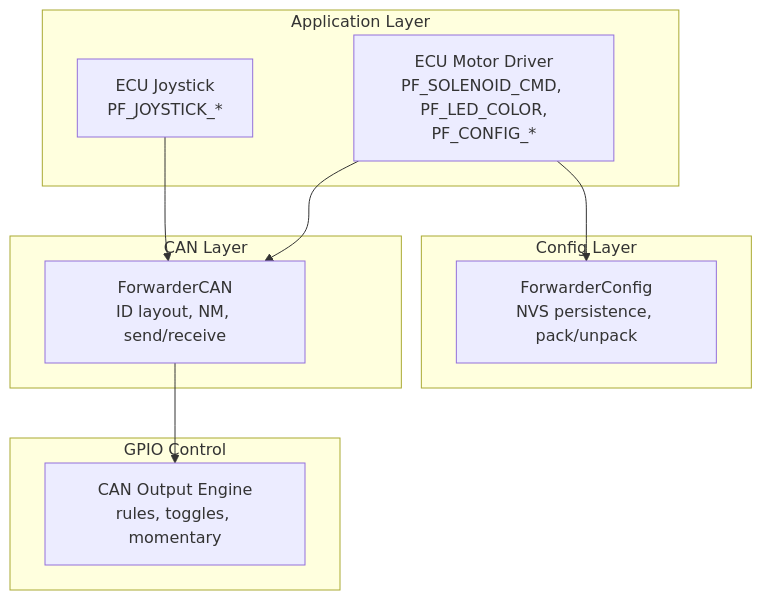
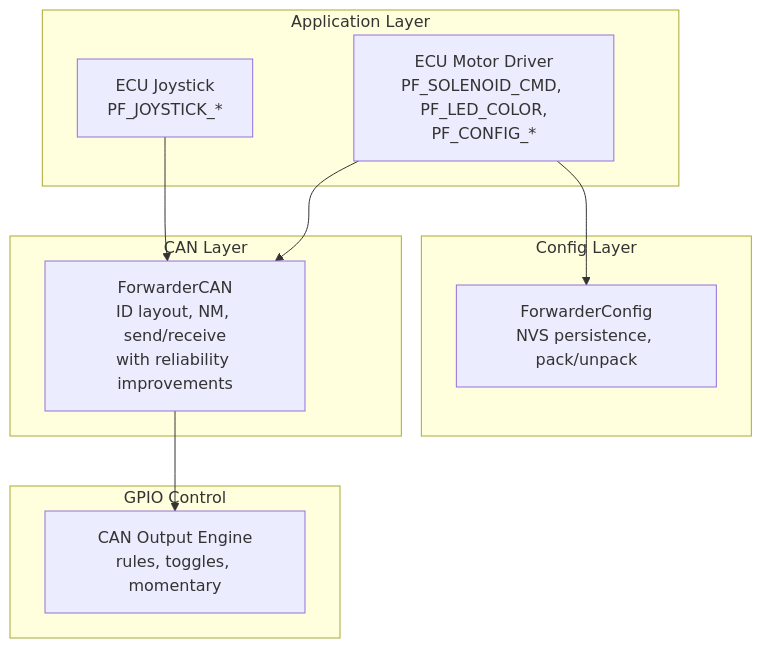
Before and after one commit to gunicsba/ESP_CAN_ECU_joystick_collection: the first of 5 diagrams in .qoder/repowiki/en/content/API Reference/CAN Message Protocol.md, drawn with Mermaid. The commit also changed other lines of this file and 15 other files, not shown here.

````diff
--- a/.qoder/repowiki/en/content/API Reference/CAN Message Protocol.md
+++ b/.qoder/repowiki/en/content/API Reference/CAN Message Protocol.md
@@ -37,20 +46,20 @@
 ```mermaid
 graph TB
 subgraph "CAN Layer"
-FCN["ForwarderCAN<br/>ID layout, NM, send/receive"]
+FCN["ForwarderCAN<br/>ID layout, NM, send/receive<br/>with reliability improvements"]
 end
 subgraph "Config Layer"
 FCFG["ForwarderConfig<br/>NVS persistence, pack/unpack"]
 end
 subgraph "Application Layer"
 ECUJ["ECU Joystick<br/>PF_JOYSTICK_*"]
 ECM["ECU Motor Driver<br/>PF_SOLENOID_CMD, PF_LED_COLOR,<br/>PF_CONFIG_*"]
 end
 subgraph "GPIO Control"
 CO["CAN Output Engine<br/>rules, toggles, momentary"]
 end
 ECUJ --> FCN
 ECM --> FCN
 ECM --> FCFG
 FCN --> CO
 ```
````
